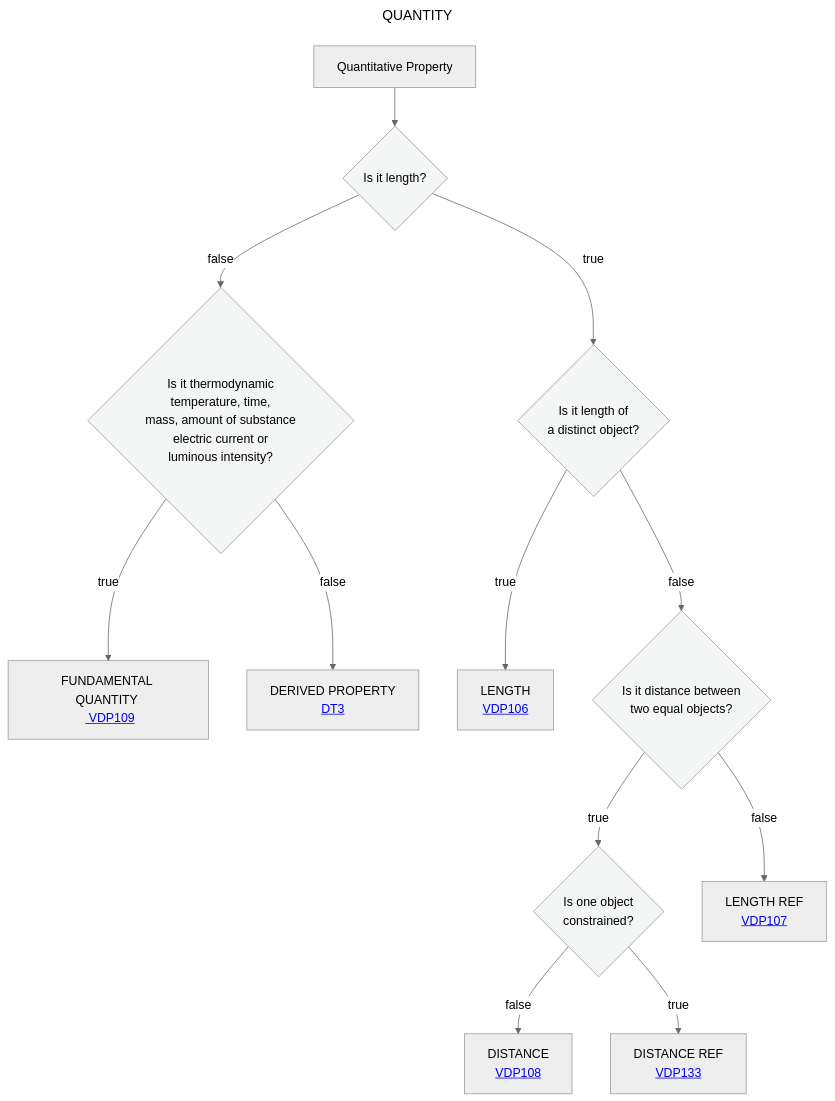
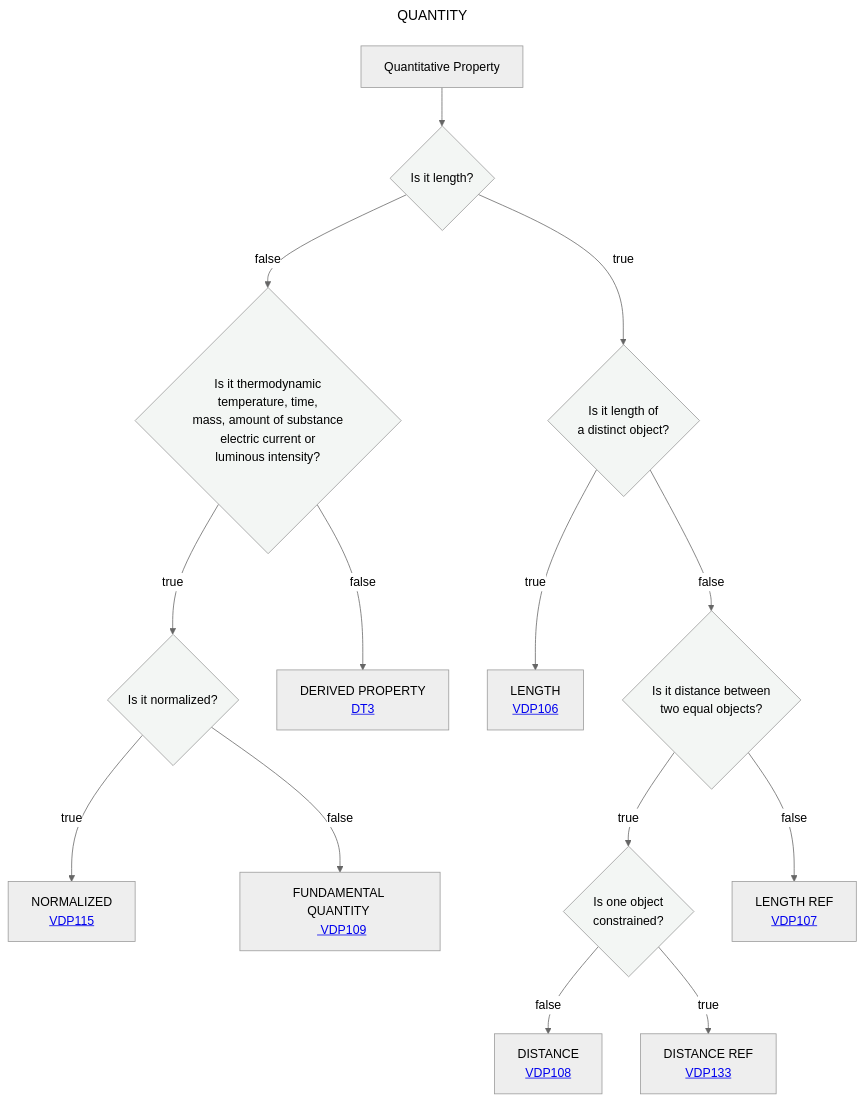
Before and after one commit to mabablue/I-ADOPT-patterns-playground: the diagram in Decisition_trees/DT2.mmd, drawn with Mermaid (neutral theme).

```diff
--- a/Decisition_trees/DT2.mmd
+++ b/Decisition_trees/DT2.mmd
@@ -1,19 +1,21 @@
 ---
 title: QUANTITY
 ---
 flowchart TD
     A[Quantitative Property] --> C{Is it length?}:::white
     C --> |true|E{Is it length of <br> a distinct object?}:::white
     C --> |false|F{Is it thermodynamic <br> temperature, time,  <br> mass, amount of substance <br> electric current or <br> luminous intensity?}:::white
-    F --> |true|G[FUNDAMENTAL QUANTITY <br> <a href='https://github.com/mabablue/I-ADOPT-patterns-playground/blob/main/pattern/VDP109.yaml'> VDP109</a>] 
+    F --> |true|G{Is it normalized?}:::white
+    G --> |true|H[NORMALIZED <br> <a href='https://github.com/mabablue/I-ADOPT-patterns-playground/blob/main/pattern/VDP115.yaml'> VDP115</a>] 
+    G --> |false|I[FUNDAMENTAL QUANTITY <br> <a href='https://github.com/mabablue/I-ADOPT-patterns-playground/blob/main/pattern/VDP109.yaml'> VDP109</a>] 
     F --> |false|M[DERIVED PROPERTY <br> <a href='https://github.com/mabablue/I-ADOPT-patterns-playground/blob/main/Decisition_trees/DT3.mmd'> DT3</a>] 
     E --> |true|N[LENGTH <br> <a href='https://github.com/mabablue/I-ADOPT-patterns-playground/blob/main/pattern/VD1P06.yaml'> VDP106</a>] 
     E --> |false|O{Is it distance between <br> two equal objects?}:::white
     O --> |true|P{Is one object <br> constrained?}:::white
     P --> |false|R[DISTANCE <br> <a href='https://github.com/mabablue/I-ADOPT-patterns-playground/blob/main/pattern/VDP108.yaml'> VDP108</a>] 
     P --> |true|S[DISTANCE REF<br> <a href='https://github.com/mabablue/I-ADOPT-patterns-playground/blob/main/pattern/VDP133.yaml'> VDP133</a>] 
     O --> |false|Q[LENGTH REF <br> <a href='https://github.com/mabablue/I-ADOPT-patterns-playground/blob/main/pattern/VDP107.yaml'> VDP107</a>] 
    classDef blue fill:#90D5FF
    classDef satblue fill:#57B9FF 
    classDef white fill:#f3f6f4
    classDef green fill:#6aa84f
```
